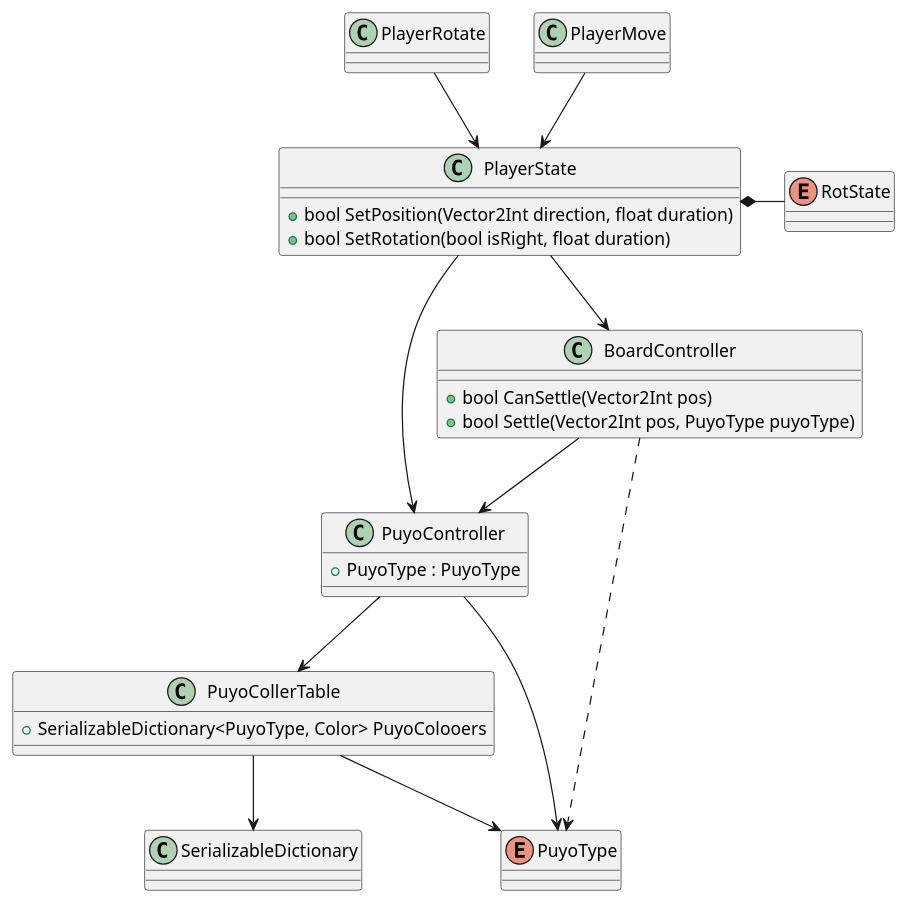
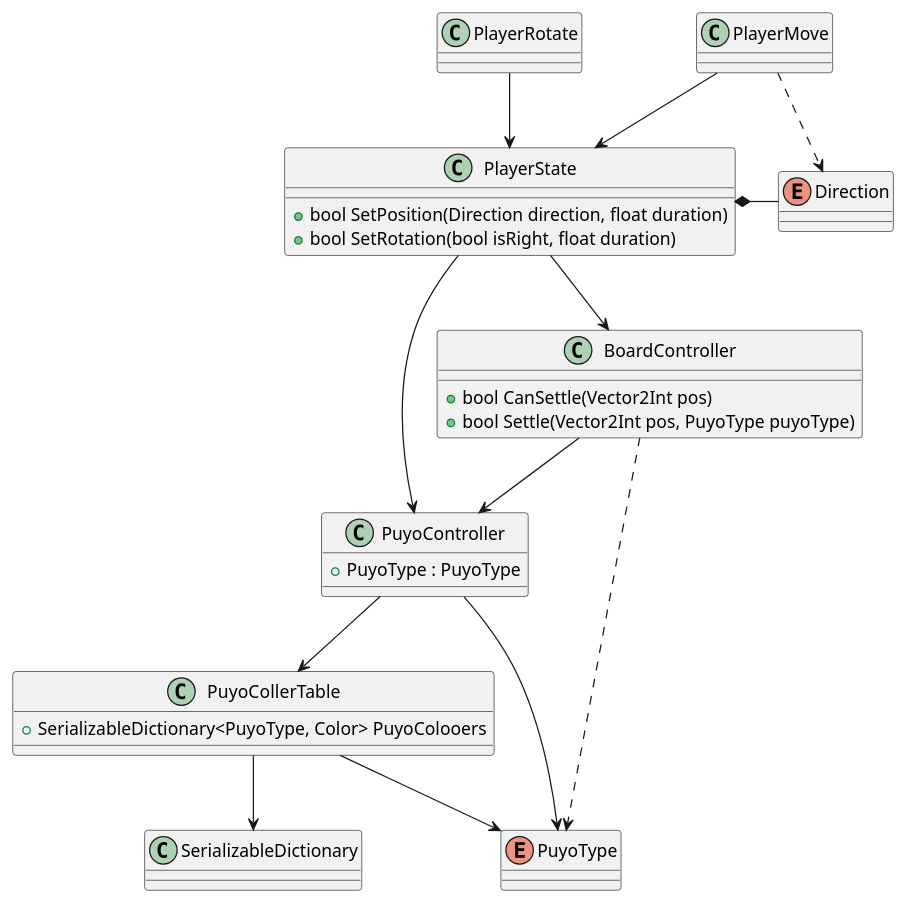
Before and after one commit to snnn30/UniteBlocks: the diagram in puyopuyo.pu, drawn with PlantUML. The commit also changed 3 other files, not shown here.

```diff
--- a/puyopuyo.pu
+++ b/puyopuyo.pu
@@ -1,37 +1,38 @@
 @startuml hoge
 class BoardController{
     +bool CanSettle(Vector2Int pos) 
     +bool Settle(Vector2Int pos, PuyoType puyoType)
 }
 class PuyoController{
     +PuyoType : PuyoType
 }
 class PuyoCollerTable{
     +SerializableDictionary<PuyoType, Color> PuyoColooers
 }
 class SerializableDictionary
 enum PuyoType
 
 class PlayerRotate
 class PlayerMove
 class PlayerState{
-    +bool SetPosition(Vector2Int direction, float duration)
+    +bool SetPosition(Direction direction, float duration)
     +bool SetRotation(bool isRight, float duration)
 }
-enum RotState
+enum Direction
 
 BoardController --> PuyoController
 BoardController ..> PuyoType
 PuyoController --> PuyoCollerTable
 PuyoController --> PuyoType
 PuyoCollerTable --> SerializableDictionary
 PuyoCollerTable --> PuyoType
 
 PlayerRotate --> PlayerState
 PlayerMove --> PlayerState
+PlayerMove ..> Direction
 PlayerState --> PuyoController
 PlayerState --> BoardController
-PlayerState *- RotState
+PlayerState *- Direction
 
 
 @enduml
```
